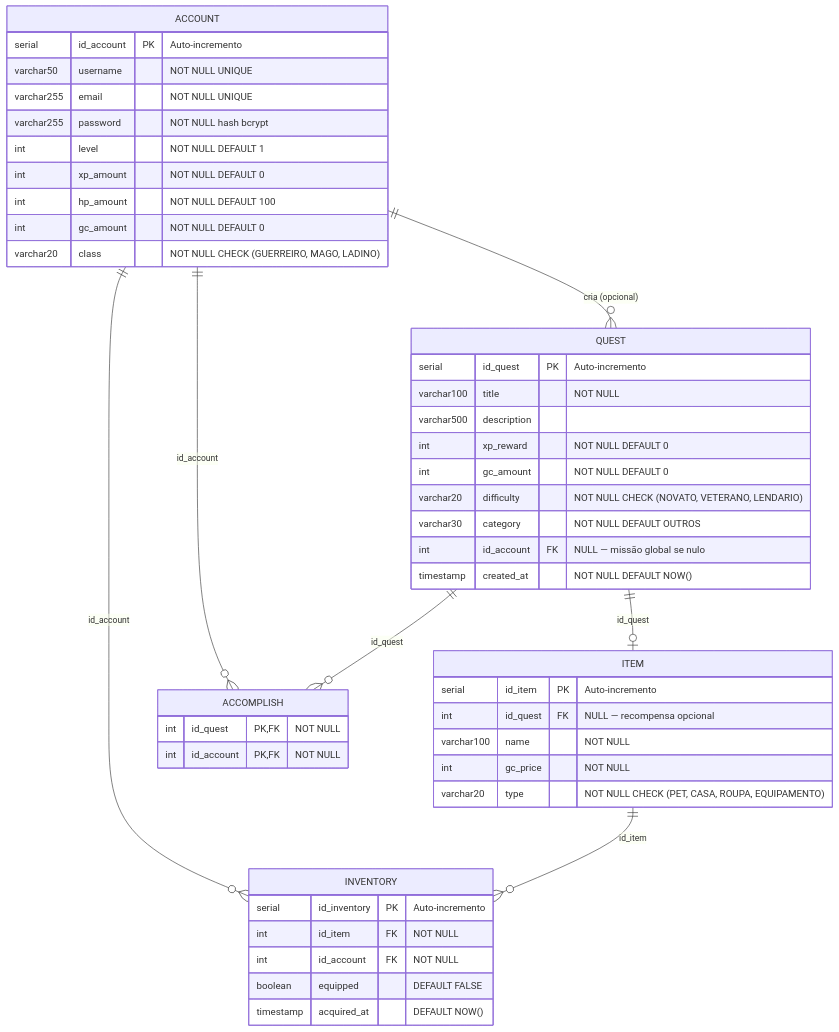
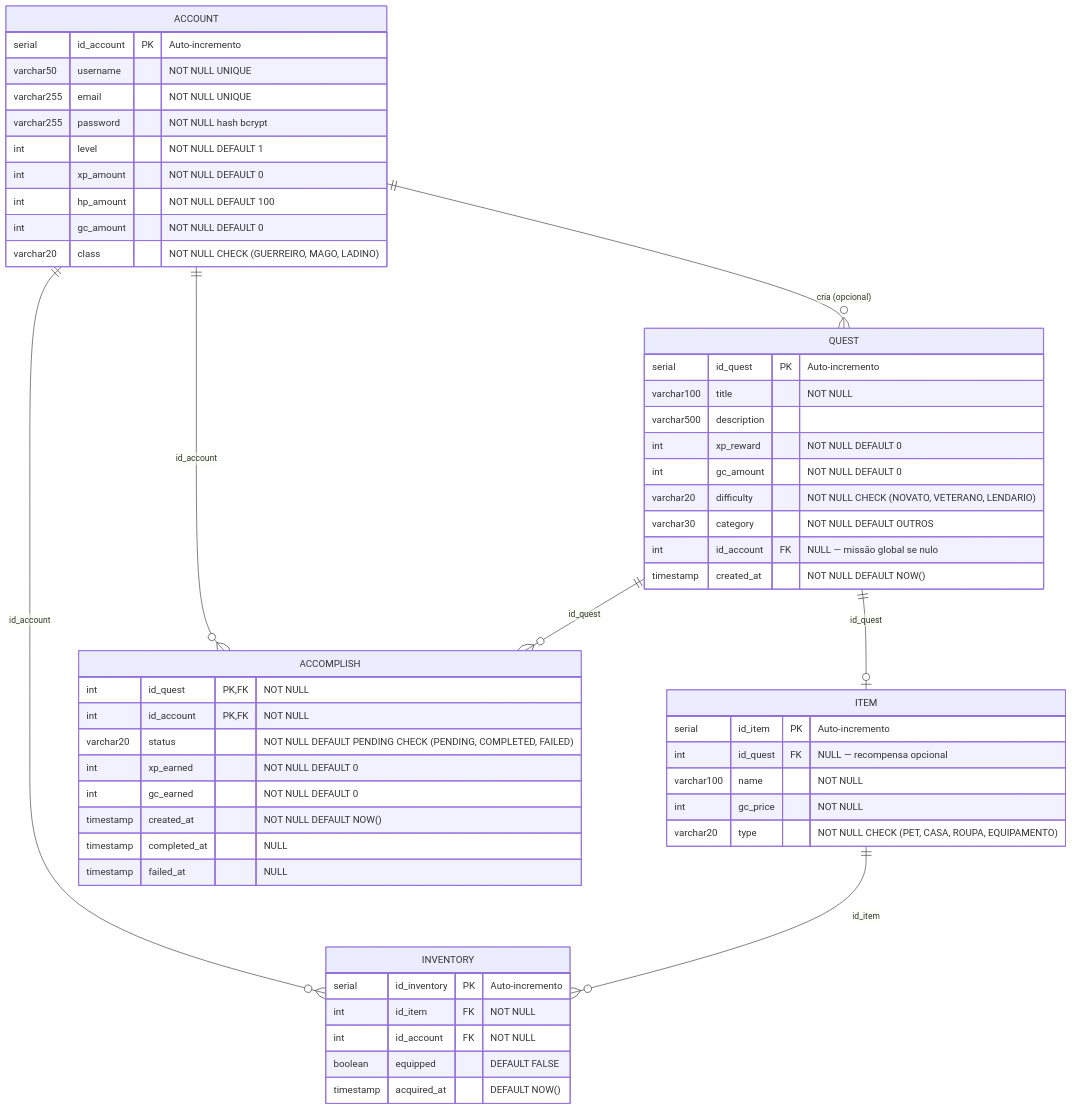
The diagram in docs/diagrams/Diagrama_Relacional.md (rapf-ht/Level-Up), drawn with Mermaid before and after one commit. The commit also changed other lines of this file and 16 other files, not shown here.

````diff
--- a/docs/diagrams/Diagrama_Relacional.md
+++ b/docs/diagrams/Diagrama_Relacional.md
@@ -5,54 +5,60 @@
 ```mermaid
 erDiagram
     ACCOUNT {
         serial      id_account  PK  "Auto-incremento"
         varchar50   username        "NOT NULL UNIQUE"
         varchar255  email           "NOT NULL UNIQUE"
         varchar255  password        "NOT NULL hash bcrypt"
         int         level           "NOT NULL DEFAULT 1"
         int         xp_amount       "NOT NULL DEFAULT 0"
         int         hp_amount       "NOT NULL DEFAULT 100"
         int         gc_amount       "NOT NULL DEFAULT 0"
         varchar20   class           "NOT NULL CHECK (GUERREIRO, MAGO, LADINO)"
     }
 
     QUEST {
         serial          id_quest     PK  "Auto-incremento"
         varchar100      title            "NOT NULL"
         varchar500      description
         int             xp_reward        "NOT NULL DEFAULT 0"
         int             gc_amount        "NOT NULL DEFAULT 0"
         varchar20       difficulty       "NOT NULL CHECK (NOVATO, VETERANO, LENDARIO)"
         varchar30       category         "NOT NULL DEFAULT OUTROS"
         int             id_account   FK  "NULL — missão global se nulo"
         timestamp       created_at       "NOT NULL DEFAULT NOW()"
     }
 
     ITEM {
         serial         id_item   PK  "Auto-incremento"
         int            id_quest  FK  "NULL — recompensa opcional"
         varchar100     name          "NOT NULL"
         int            gc_price      "NOT NULL"
         varchar20      type          "NOT NULL CHECK (PET, CASA, ROUPA, EQUIPAMENTO)"
     }
 
     INVENTORY {
         serial    id_inventory  PK  "Auto-incremento"
         int       id_item       FK  "NOT NULL"
         int       id_account    FK  "NOT NULL"
         boolean   equipped          "DEFAULT FALSE"
         timestamp acquired_at       "DEFAULT NOW()"
     }
 
     ACCOMPLISH {
-        int id_quest    PK, FK  "NOT NULL"
-        int id_account  PK, FK  "NOT NULL"
+        int       id_quest     PK, FK  "NOT NULL"
+        int       id_account   PK, FK  "NOT NULL"
+        varchar20 status               "NOT NULL DEFAULT PENDING CHECK (PENDING, COMPLETED, FAILED)"
+        int       xp_earned            "NOT NULL DEFAULT 0"
+        int       gc_earned            "NOT NULL DEFAULT 0"
+        timestamp created_at           "NOT NULL DEFAULT NOW()"
+        timestamp completed_at         "NULL"
+        timestamp failed_at            "NULL"
     }
 
     ACCOUNT     ||--o{ QUEST       : "cria (opcional)"
     ACCOUNT     ||--o{ ACCOMPLISH  : "id_account"
     QUEST       ||--o{ ACCOMPLISH  : "id_quest"
     QUEST       ||--o| ITEM        : "id_quest"
     ACCOUNT     ||--o{ INVENTORY   : "id_account"
     ITEM        ||--o{ INVENTORY   : "id_item"
 ```
````
